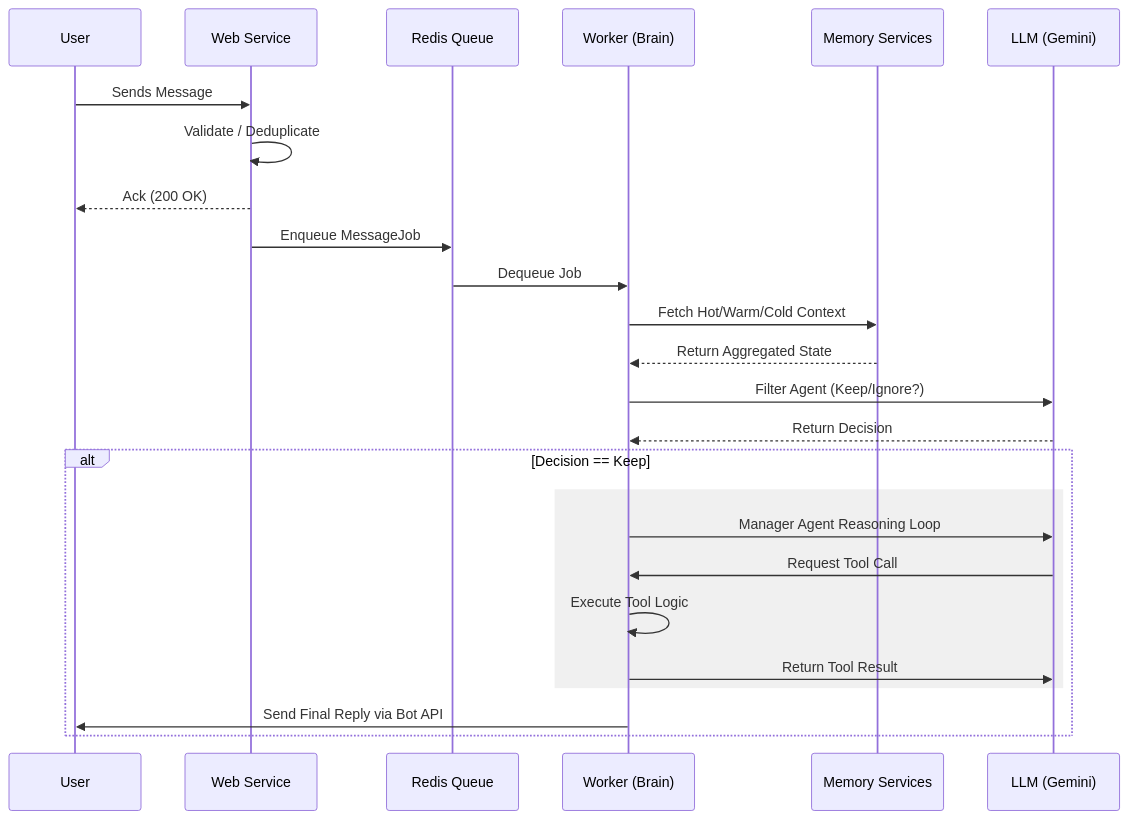
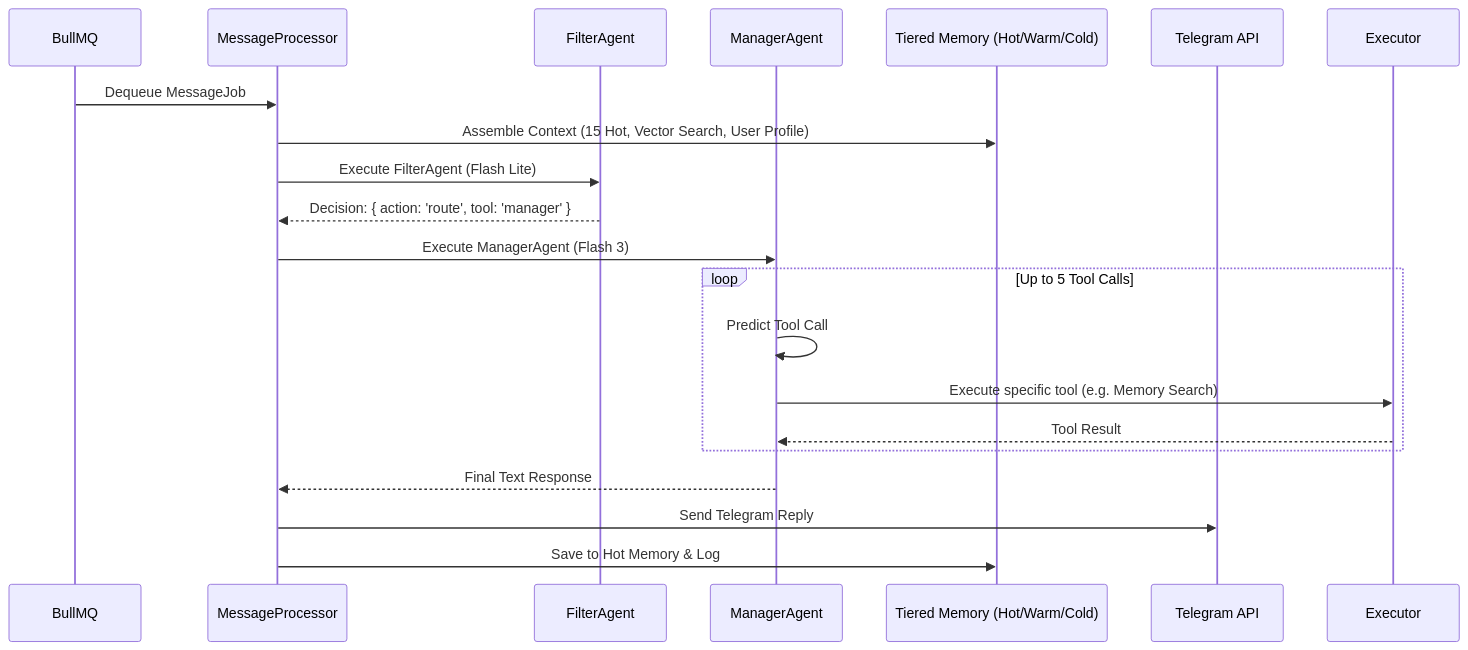
One commit to Fortexfreddie/elena changed the second of 2 diagrams in DEEPDIVE.md. Above: the diagram before and after it, drawn with Mermaid. The commit also changed other lines of this file and 33 other files, not shown here.

````diff
--- a/DEEPDIVE.md
+++ b/DEEPDIVE.md
@@ -69,29 +43,26 @@
 ```mermaid
 sequenceDiagram
-    participant U as User
-    participant W as Web Service
-    participant Q as Redis Queue
-    participant B as Worker (Brain)
-    participant M as Memory Services
-    participant L as LLM (Gemini)
+    participant Q as BullMQ
+    participant MP as MessageProcessor
+    participant FA as FilterAgent
+    participant MA as ManagerAgent
+    participant DB as Tiered Memory (Hot/Warm/Cold)
+    participant TG as Telegram API
     
-    U->>W: Sends Message
-    W->>W: Validate / Deduplicate
-    W-->>U: Ack (200 OK)
-    W->>Q: Enqueue MessageJob
-    Q->>B: Dequeue Job
-    B->>M: Fetch Hot/Warm/Cold Context
-    M-->>B: Return Aggregated State
-    B->>L: Filter Agent (Keep/Ignore?)
-    L-->>B: Return Decision
+    Q->>MP: Dequeue MessageJob
+    MP->>DB: Assemble Context (15 Hot, Vector Search, User Profile)
     
-    alt Decision == Keep
-        rect rgb(240, 240, 240)
-            B->>L: Manager Agent Reasoning Loop
-            L->>B: Request Tool Call
-            B->>B: Execute Tool Logic
-            B->>L: Return Tool Result
-        end
-        B->>U: Send Final Reply via Bot API
+    MP->>FA: Execute FilterAgent (Flash Lite)
+    FA-->>MP: Decision: { action: 'route', tool: 'manager' }
+    
+    MP->>MA: Execute ManagerAgent (Flash 3)
+    loop Up to 5 Tool Calls
+        MA->>MA: Predict Tool Call
+        MA->>Executor: Execute specific tool (e.g. Memory Search)
+        Executor-->>MA: Tool Result
     end
+    
+    MA-->>MP: Final Text Response
+    MP->>TG: Send Telegram Reply
+    MP->>DB: Save to Hot Memory & Log
 ```
````
